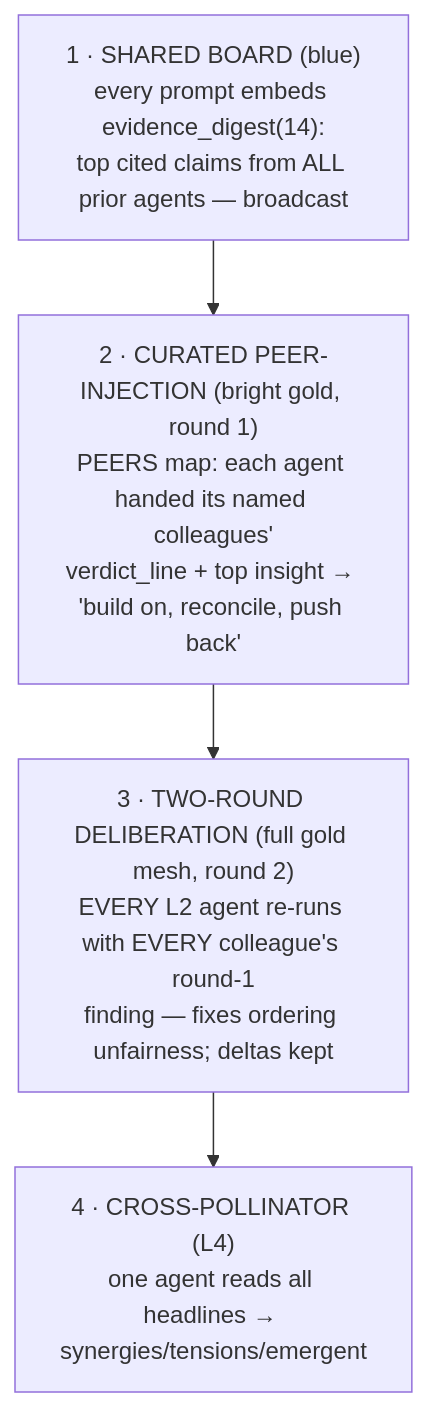
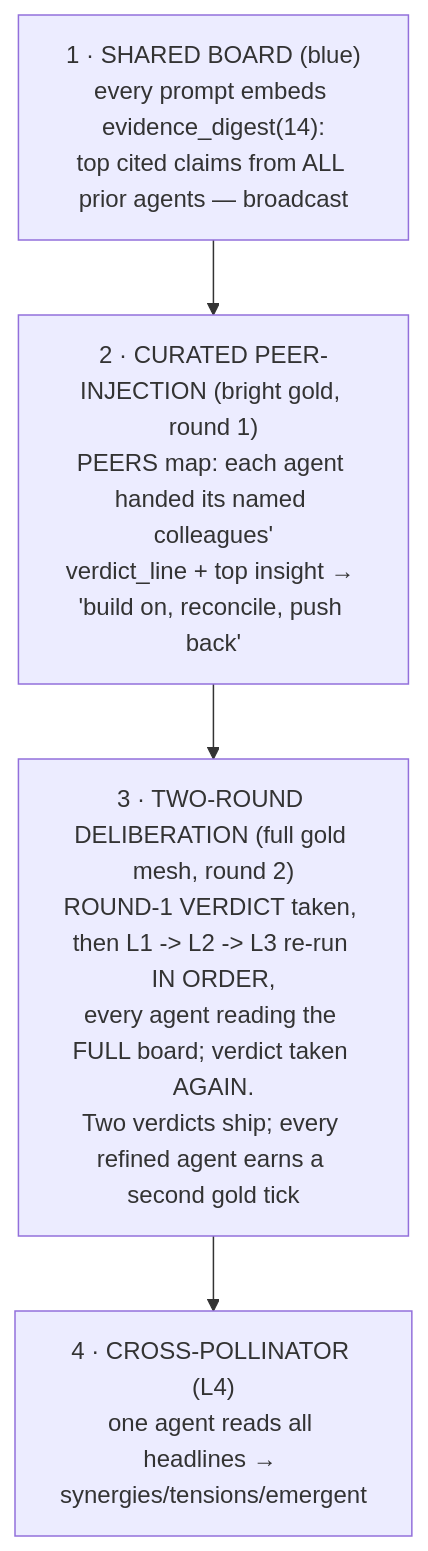
Before and after one commit to Srujan29112001/EIP: the third of 11 diagrams in docs/PROJECT_DOCUMENTATION.md, drawn with Mermaid. The commit also changed other lines of this file and 16 other files, not shown here.

````diff
--- a/docs/PROJECT_DOCUMENTATION.md
+++ b/docs/PROJECT_DOCUMENTATION.md
@@ -179,8 +180,8 @@
 ```mermaid
 flowchart TB
     m1["1 · SHARED BOARD (blue)<br/>every prompt embeds evidence_digest(14):<br/>top cited claims from ALL prior agents — broadcast"]
     m2["2 · CURATED PEER-INJECTION (bright gold, round 1)<br/>PEERS map: each agent handed its named colleagues'<br/>verdict_line + top insight → 'build on, reconcile, push back'"]
-    m3["3 · TWO-ROUND DELIBERATION (full gold mesh, round 2)<br/>EVERY L2 agent re-runs with EVERY colleague's round-1<br/>finding — fixes ordering unfairness; deltas kept"]
+    m3["3 · TWO-ROUND DELIBERATION (full gold mesh, round 2)<br/>ROUND-1 VERDICT taken, then L1 -> L2 -> L3 re-run IN ORDER,<br/>every agent reading the FULL board; verdict taken AGAIN.<br/>Two verdicts ship; every refined agent earns a second gold tick"]
     m4["4 · CROSS-POLLINATOR (L4)<br/>one agent reads all headlines → synergies/tensions/emergent"]
     m1-->m2-->m3-->m4
 ```
````
